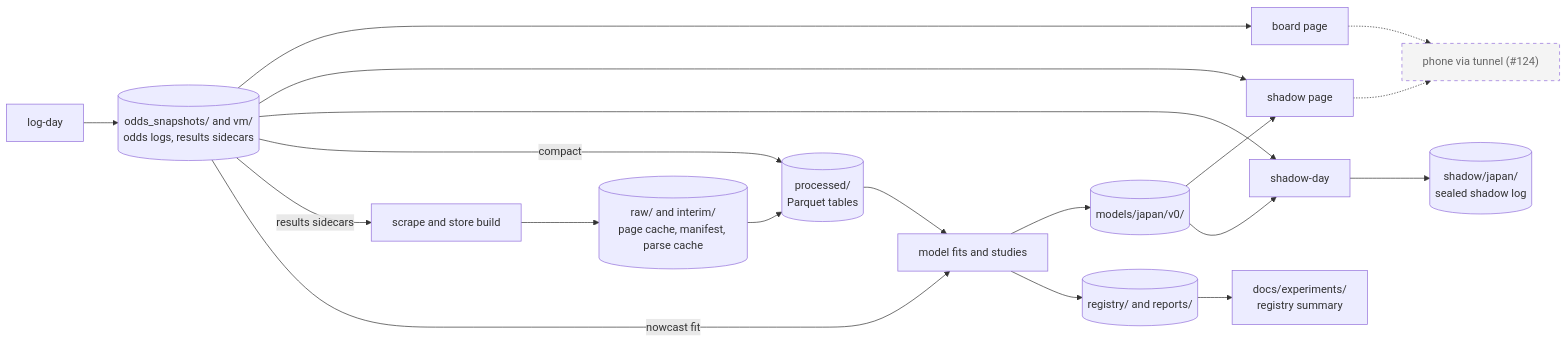
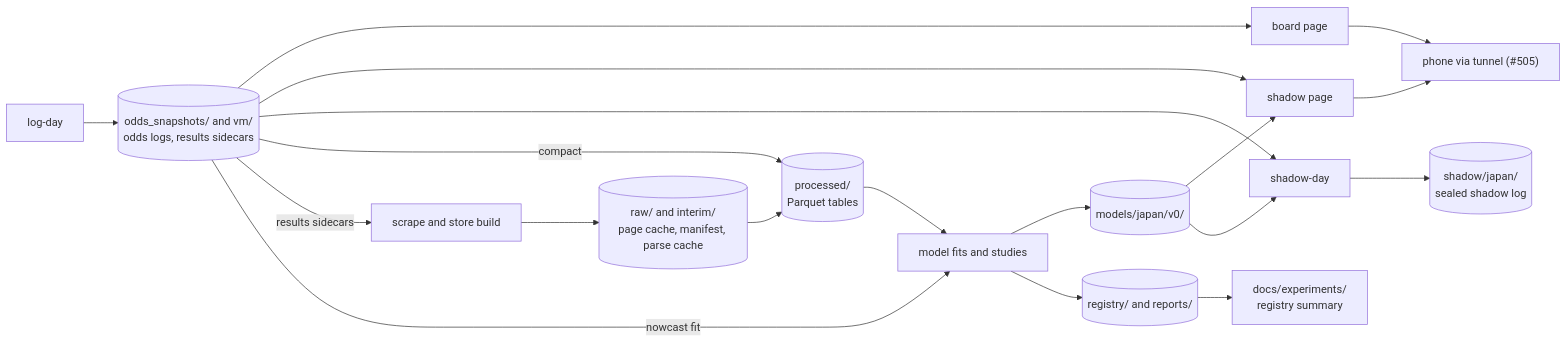
One commit to rjeskuri/HorseTrackBetting changed the second of 7 diagrams in docs/architecture.md. Above: the diagram before and after it, drawn with Mermaid. The commit also changed other lines of this file and 4 other files, not shown here.

First line of the commit message:
Serve board-serve through a token-gated cloudflared tunnel (#505)

````diff
--- a/docs/architecture.md
+++ b/docs/architecture.md
@@ -77,33 +77,31 @@
 ```mermaid
 flowchart LR
   logd["log-day"]
   scr["scrape and store build"]
   fits["model fits and studies"]
   shd["shadow-day"]
   raw[("raw/ and interim/<br>page cache, manifest, parse cache")]
   proc[("processed/<br>Parquet tables")]
   odds[("odds_snapshots/ and vm/<br>odds logs, results sidecars")]
   mdl[("models/japan/v0/")]
   shlog[("shadow/japan/<br>sealed shadow log")]
   reg[("registry/ and reports/")]
   board["board page"]
   spage["shadow page"]
-  phone["phone via tunnel (#124)"]
+  phone["phone via tunnel (#505)"]
   summ["docs/experiments/<br>registry summary"]
   logd --> odds
   scr --> raw --> proc
   proc --> fits --> mdl
   fits --> reg --> summ
   odds --> board
   odds --> spage
   mdl --> spage
   odds --> shd
   odds -->|"compact"| proc
   odds -->|"results sidecars"| scr
   odds -->|"nowcast fit"| fits
   mdl --> shd --> shlog
-  board -.-> phone
-  spage -.-> phone
-  classDef planned stroke-dasharray: 5 5,fill:#f4f4f4,color:#666
-  class phone planned
+  board --> phone
+  spage --> phone
 ```
````
